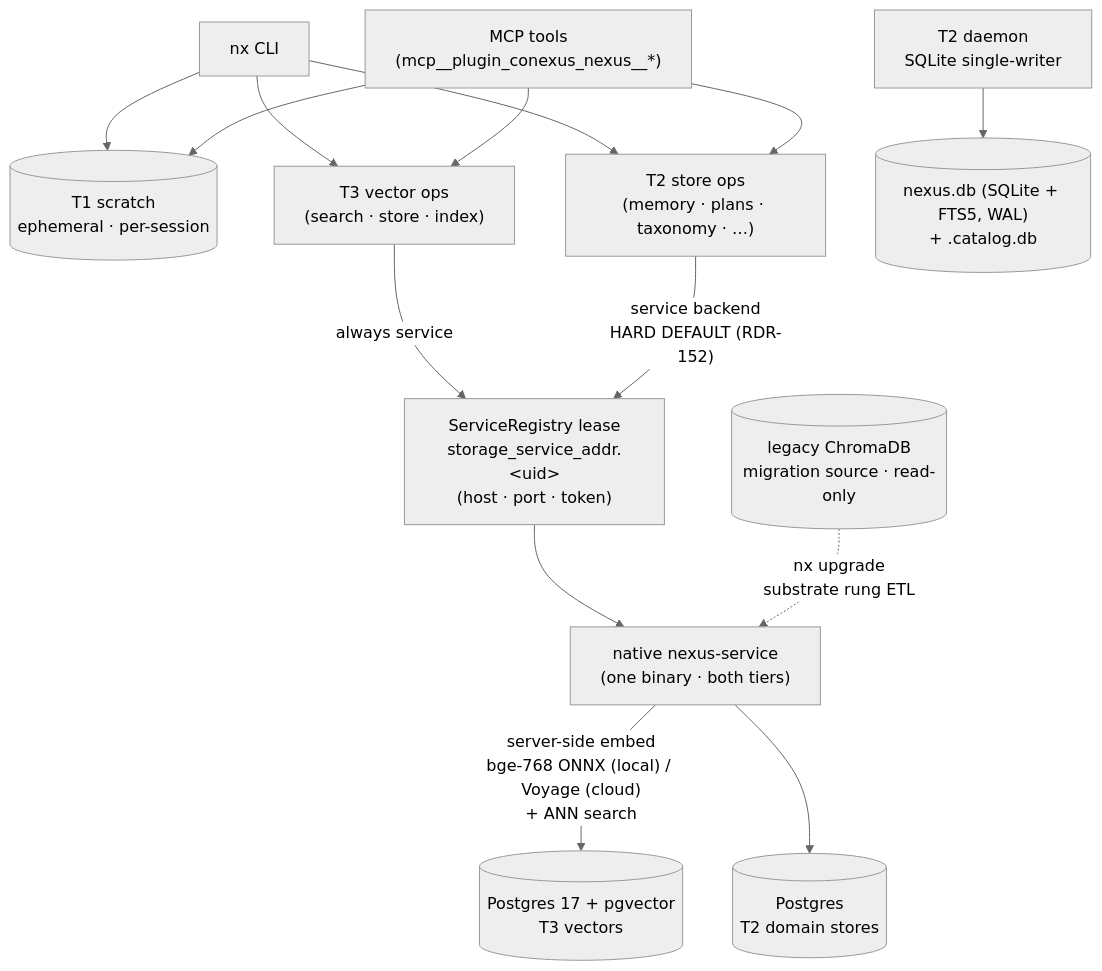
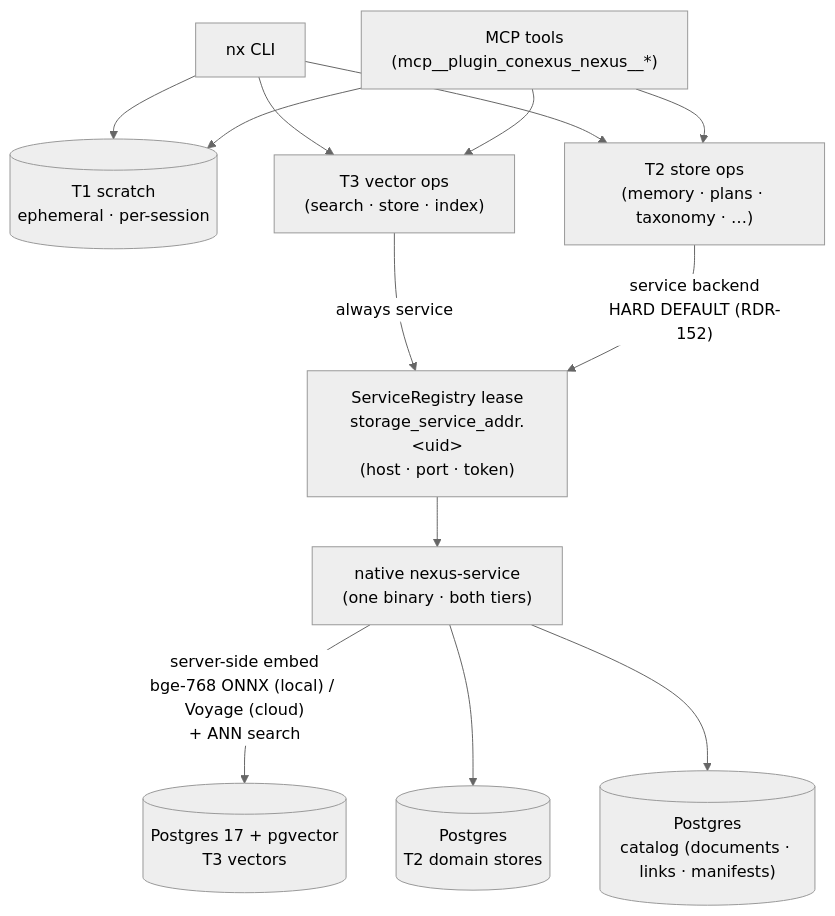
The diagram in docs/storage-tiers.md (Hellblazer/nexus), drawn with Mermaid (neutral theme) before and after one commit. The commit also changed other lines of this file and 21 other files, not shown here.

````diff
--- a/docs/storage-tiers.md
+++ b/docs/storage-tiers.md
@@ -22,31 +22,27 @@
 ```mermaid
 flowchart TD
   CLI["nx CLI"]
   MCP["MCP tools<br/>(mcp__plugin_conexus_nexus__*)"]
 
   CLI --> T1[("T1 scratch<br/>ephemeral · per-session")]
   MCP --> T1
   CLI --> T3OPS
   MCP --> T3OPS
   CLI --> T2OPS
   MCP --> T2OPS
 
   T3OPS["T3 vector ops<br/>(search · store · index)"]
   T2OPS["T2 store ops<br/>(memory · plans · taxonomy · …)"]
 
   T3OPS -->|"always service"| REG
   T2OPS -->|"service backend<br/>HARD DEFAULT (RDR-152)"| REG
 
   REG["ServiceRegistry lease<br/>storage_service_addr.&lt;uid&gt;<br/>(host · port · token)"]
   REG --> SVC
 
   SVC["native nexus-service<br/>(one binary · both tiers)"]
   SVC -->|"server-side embed<br/>bge-768 ONNX (local) / Voyage (cloud)<br/>+ ANN search"| PG[("Postgres 17 + pgvector<br/>T3 vectors")]
   SVC --> PGT2[("Postgres<br/>T2 domain stores")]
 
-  T2D["T2 daemon<br/>SQLite single-writer"]
-  T2D --> SQL[("nexus.db (SQLite + FTS5, WAL)<br/>+ .catalog.db")]
-
-  CHROMA[("legacy ChromaDB<br/>migration source · read-only")]
-  CHROMA -.->|"nx upgrade<br/>substrate rung ETL"| SVC
+  SVC --> CAT[("Postgres<br/>catalog (documents · links · manifests)")]
 ```
````
